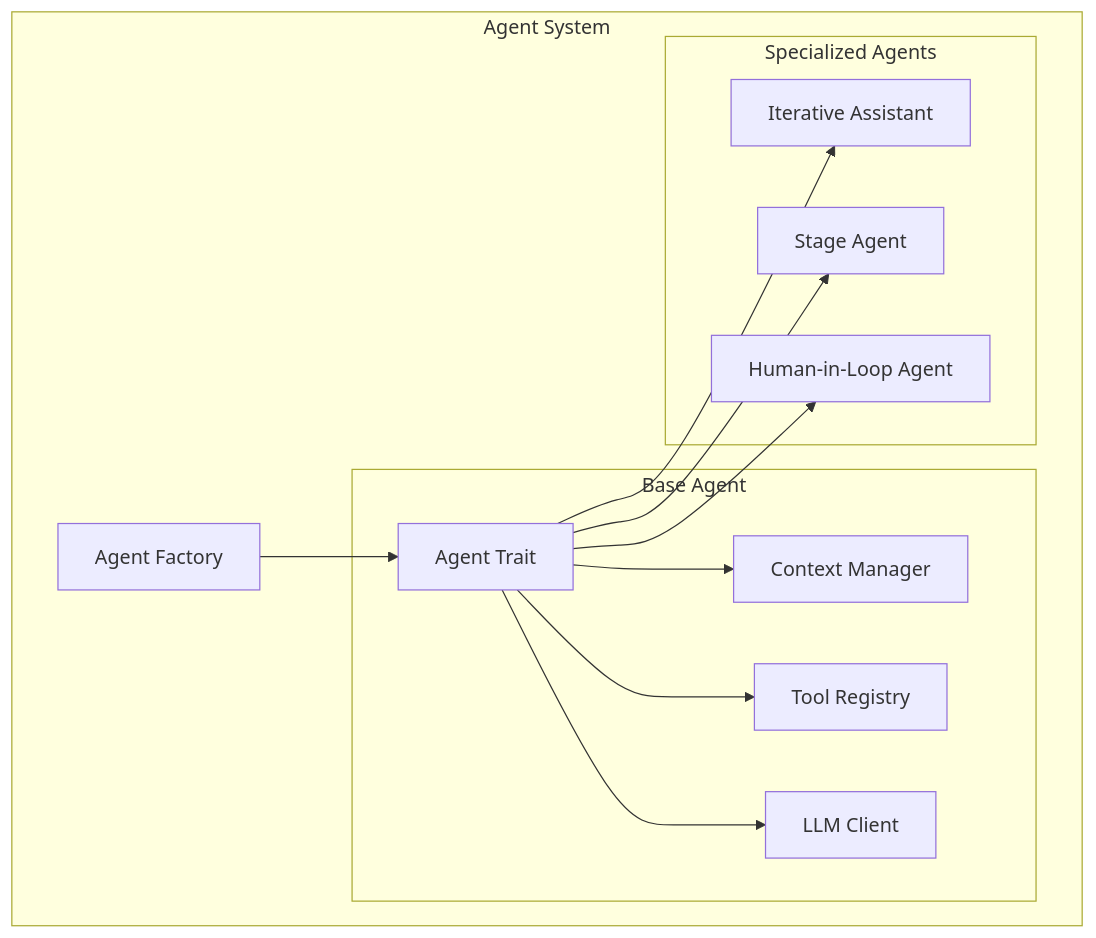
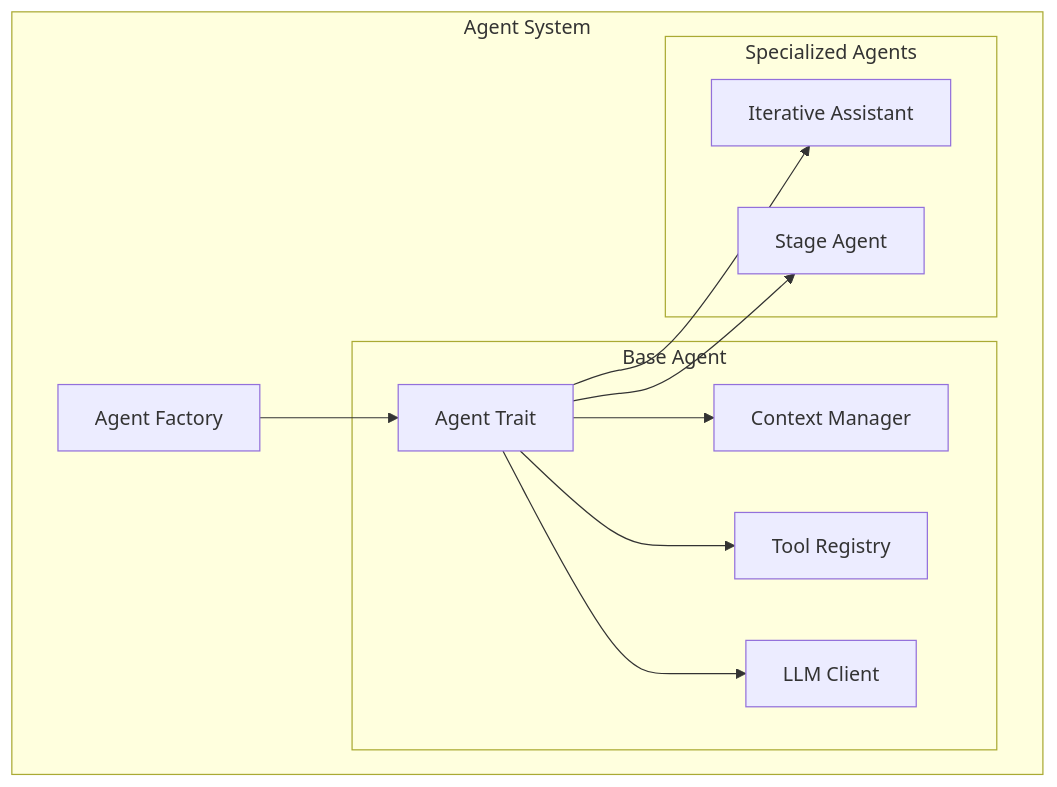
One commit to sopaco/cowork-forge changed the first of 8 diagrams in docs/c05-subsystems.md. Above: the diagram before and after it, drawn with Mermaid. The commit also changed other lines of this file and 5 other files, not shown here.

````diff
--- a/docs/c05-subsystems.md
+++ b/docs/c05-subsystems.md
@@ -9,27 +9,25 @@
 ```mermaid
 graph TB
     subgraph "Agent System"
         Factory[Agent Factory]
         
         subgraph "Base Agent"
             Base[Agent Trait]
             Context[Context Manager]
             Tools[Tool Registry]
             LLM[LLM Client]
         end
         
         subgraph "Specialized Agents"
             Iterative[Iterative Assistant]
             Stage[Stage Agent]
-            Hitl[Human-in-Loop Agent]
         end
         
         Factory --> Base
         Base --> Context
         Base --> Tools
         Base --> LLM
         Base --> Iterative
         Base --> Stage
-        Base --> Hitl
     end
 ```
````
